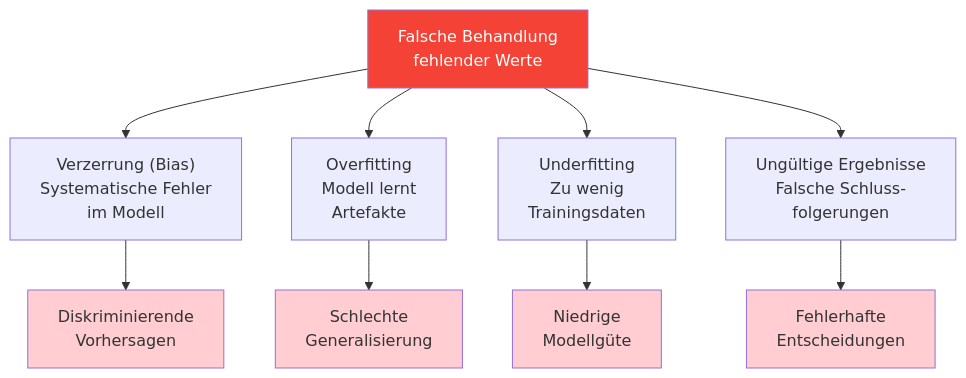
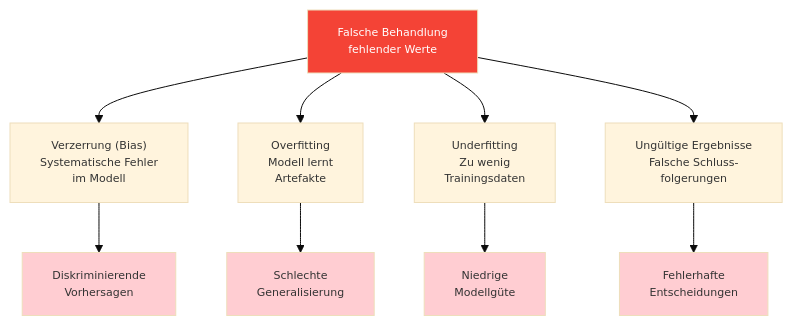
The sixth of 6 diagrams in docs/concepts/missing_values.md (ralf-42/ML_Intro), drawn with Mermaid before and after one commit. The commit also changed other lines of this file and 1 other file, not shown here.

````diff
--- a/docs/concepts/missing_values.md
+++ b/docs/concepts/missing_values.md
@@ -168,20 +173,21 @@
 ```mermaid
+%%{init: {'theme': 'base', 'themeVariables': {'fontSize': '11px'}}}%%
 flowchart TD
     wrong["Falsche Behandlung<br/>fehlender Werte"]
     
     wrong --> bias["Verzerrung (Bias)<br/>Systematische Fehler<br/>im Modell"]
     wrong --> overfit["Overfitting<br/>Modell lernt<br/>Artefakte"]
     wrong --> underfit["Underfitting<br/>Zu wenig<br/>Trainingsdaten"]
     wrong --> invalid["Ungültige Ergebnisse<br/>Falsche Schluss-<br/>folgerungen"]
     
     bias --> result1["Diskriminierende<br/>Vorhersagen"]
     overfit --> result2["Schlechte<br/>Generalisierung"]
     underfit --> result3["Niedrige<br/>Modellgüte"]
     invalid --> result4["Fehlerhafte<br/>Entscheidungen"]
 
     style wrong fill:#f44336,color:#fff
     style result1 fill:#ffcdd2
     style result2 fill:#ffcdd2
     style result3 fill:#ffcdd2
     style result4 fill:#ffcdd2
 ```
````
